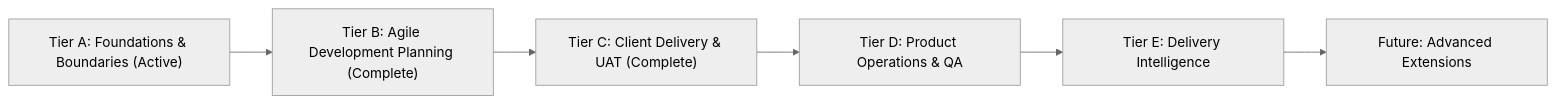
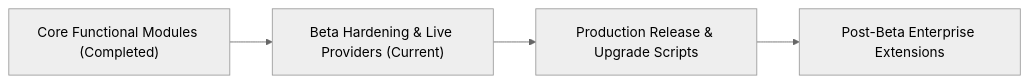
The diagram in README.md (kashvirainfotech/ks-pmt), drawn with Mermaid (neutral theme) before and after one commit. The commit also changed other lines of this file and 120 other files, not shown here.

````diff
--- a/README.md
+++ b/README.md
@@ -155,8 +184,6 @@
 ```mermaid
 flowchart LR
-    A["Tier A: Foundations & Boundaries (Active)"] --> B["Tier B: Agile Development Planning (Complete)"]
-    B --> C["Tier C: Client Delivery & UAT (Complete)"]
-    C --> D["Tier D: Product Operations & QA"]
-    D --> E["Tier E: Delivery Intelligence"]
-    E --> F["Future: Advanced Extensions"]
+    A["Core Functional Modules (Completed)"] --> B["Beta Hardening & Live Providers (Current)"]
+    B --> C["Production Release & Upgrade Scripts"]
+    C --> D["Post-Beta Enterprise Extensions"]
 ```
````
